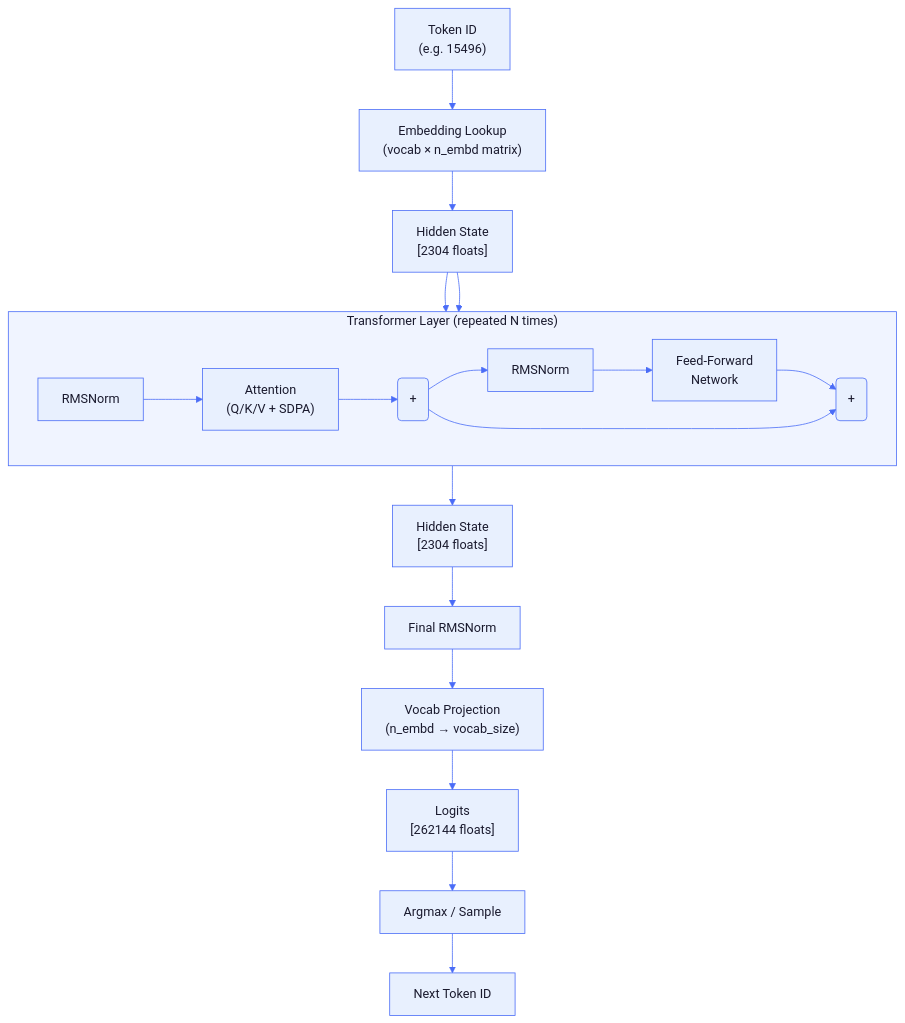
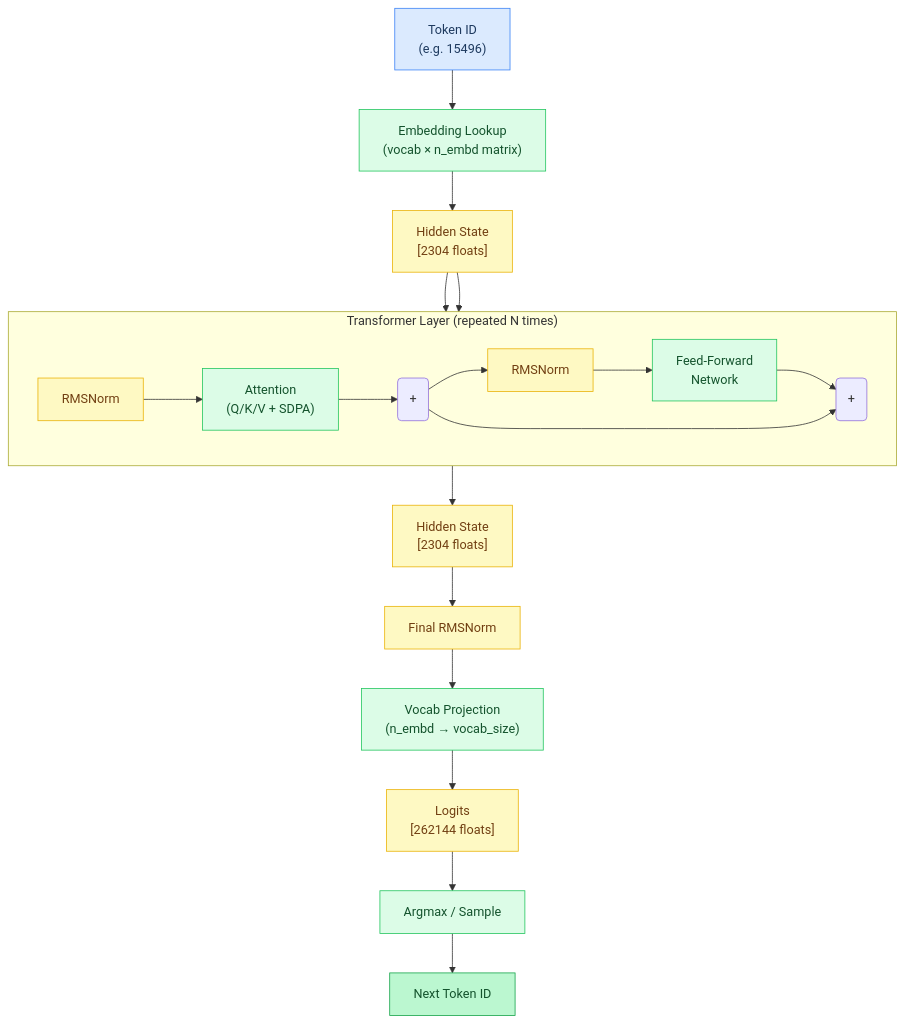
Before and after one commit to maci0/agave: the second of 8 diagrams in docs/tutorial/02-the-transformer.md, drawn with Mermaid. The commit also changed other lines of this file and 24 other files, not shown here.

First line of the commit message:
docs: convert all mermaid diagrams to classDef semantic colors

````diff
--- a/docs/tutorial/02-the-transformer.md
+++ b/docs/tutorial/02-the-transformer.md
@@ -63,40 +63,49 @@
 ```mermaid
-%%{init: {'theme': 'base', 'themeVariables': {
-  'primaryColor': '#e8f0fe',
-  'primaryTextColor': '#1a1a2e',
-  'primaryBorderColor': '#4a6cf7',
-  'lineColor': '#4a6cf7',
-  'secondaryColor': '#f0f4ff',
-  'tertiaryColor': '#f8f9ff',
-  'edgeLabelBackground': '#ffffff',
-  'clusterBkg': '#f0f4ff',
-  'clusterBorder': '#4a6cf7',
-  'titleColor': '#1a1a2e',
-  'nodeTextColor': '#1a1a2e',
-  'fontFamily': 'ui-monospace, SFMono-Regular, monospace'
-}}}%%
 flowchart TD
-    TokenID["Token ID\n(e.g. 15496)"] --> EmbedLookup["Embedding Lookup\n(vocab × n_embd matrix)"]
-    EmbedLookup --> H0["Hidden State\n[2304 floats]"]
+    classDef setup     fill:#dbeafe,stroke:#3b82f6,color:#1e3a5f
+    classDef sync      fill:#dcfce7,stroke:#22c55e,color:#14532d
+    classDef migration fill:#fef9c3,stroke:#eab308,color:#713f12
+    classDef success   fill:#bbf7d0,stroke:#16a34a,color:#14532d
+    classDef danger    fill:#fee2e2,stroke:#ef4444,color:#7f1d1d
+    classDef optional  fill:#f3e8ff,stroke:#9333ea,color:#581c87
+
+    TokenID["Token ID\n(e.g. 15496)"]:::setup
+    EmbedLookup["Embedding Lookup\n(vocab × n_embd matrix)"]:::sync
+    H0["Hidden State\n[2304 floats]"]:::migration
+    PreNorm1["RMSNorm"]:::migration
+    Attn["Attention\n(Q/K/V + SDPA)"]:::sync
+    Add1("+")
+    PreNorm2["RMSNorm"]:::migration
+    FFN["Feed-Forward\nNetwork"]:::sync
+    Add2("+")
+    HN["Hidden State\n[2304 floats]"]:::migration
+    FinalNorm["Final RMSNorm"]:::migration
+    VocabProj["Vocab Projection\n(n_embd → vocab_size)"]:::sync
+    Logits["Logits\n[262144 floats]"]:::migration
+    Argmax["Argmax / Sample"]:::sync
+    NextToken["Next Token ID"]:::success
+
+    TokenID --> EmbedLookup
+    EmbedLookup --> H0
 
     H0 --> Layer0
 
     subgraph Layer0["Transformer Layer (repeated N times)"]
         direction LR
-        PreNorm1["RMSNorm"] --> Attn["Attention\n(Q/K/V + SDPA)"]
-        Attn --> Add1("+")
-        PreNorm2["RMSNorm"] --> FFN["Feed-Forward\nNetwork"]
-        FFN --> Add2("+")
+        PreNorm1 --> Attn
+        Attn --> Add1
+        PreNorm2 --> FFN
+        FFN --> Add2
     end
 
     H0 --> Add1
     Add1 --> PreNorm2
     Add1 --> Add2
-    Add2 --> HN["Hidden State\n[2304 floats]"]
+    Add2 --> HN
 
-    HN --> FinalNorm["Final RMSNorm"]
-    FinalNorm --> VocabProj["Vocab Projection\n(n_embd → vocab_size)"]
-    VocabProj --> Logits["Logits\n[262144 floats]"]
-    Logits --> Argmax["Argmax / Sample"]
-    Argmax --> NextToken["Next Token ID"]
+    HN --> FinalNorm
+    FinalNorm --> VocabProj
+    VocabProj --> Logits
+    Logits --> Argmax
+    Argmax --> NextToken
 ```
````
